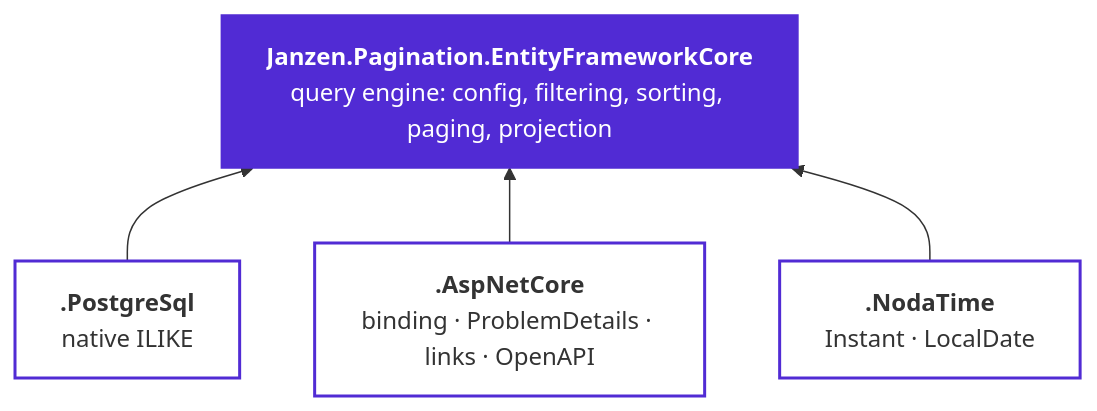
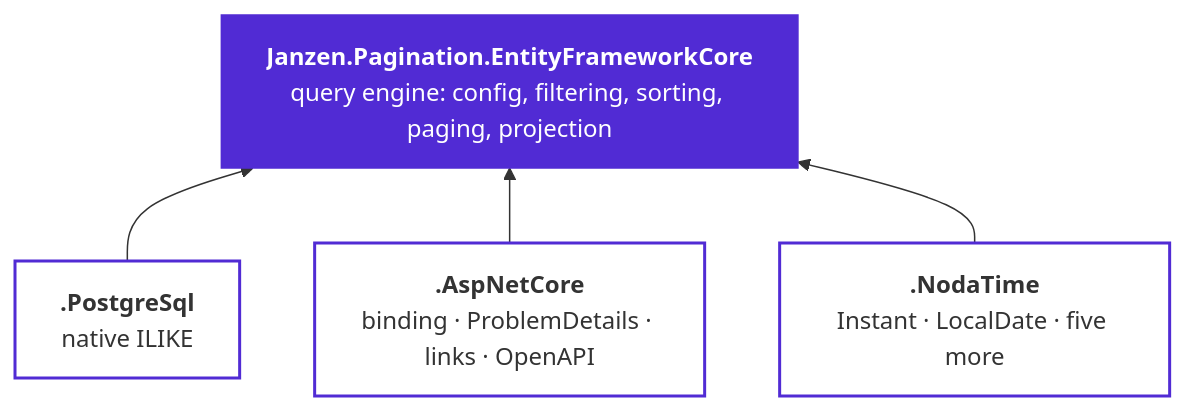
Before and after one commit to janzen01/efcore.pagination: the diagram in docs/src/index.md, drawn with Mermaid. The commit also changed other lines of this file and 17 other files, not shown here.

````diff
--- a/docs/src/index.md
+++ b/docs/src/index.md
@@ -80,17 +88,17 @@
 ```mermaid
 graph BT
     Core["<b>Janzen.Pagination.EntityFrameworkCore</b><br/>query engine: config, filtering, sorting, paging, projection"]
 
     Pg["<b>.PostgreSql</b><br/>native ILIKE"]
     Web["<b>.AspNetCore</b><br/>binding · ProblemDetails · links · OpenAPI"]
-    Noda["<b>.NodaTime</b><br/>Instant · LocalDate"]
+    Noda["<b>.NodaTime</b><br/>Instant · LocalDate · five more"]
 
     Pg --> Core
     Web --> Core
     Noda --> Core
 
     classDef core fill:#512BD4,stroke:#512BD4,color:#fff
     classDef addon fill:none,stroke:#512BD4,stroke-width:2px
     class Core core
     class Pg,Web,Noda addon
 ```
````
